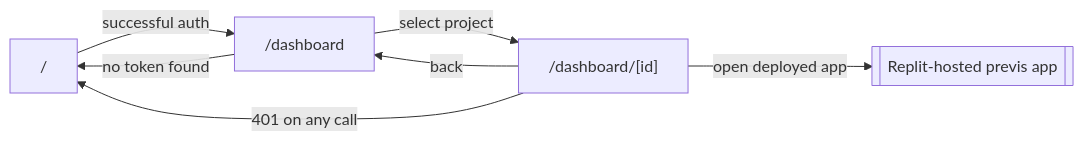
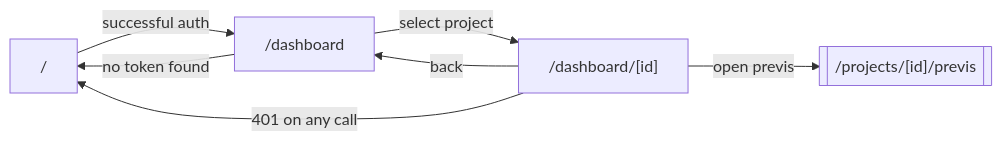
Before and after one commit to Monolithic-Dev/Scene-Craft: the second of 2 diagrams in docs/11-UI-UX-WIREFRAMES.md, drawn with Mermaid. The commit also changed other lines of this file and 12 other files, not shown here.

````diff
--- a/docs/11-UI-UX-WIREFRAMES.md
+++ b/docs/11-UI-UX-WIREFRAMES.md
@@ -187,9 +187,9 @@
 ```mermaid
 flowchart LR
     Login["/"] -->|successful auth| Dashboard["/dashboard"]
     Dashboard -->|select project| ProjectDetail["/dashboard/[id]"]
     ProjectDetail -->|back| Dashboard
-    ProjectDetail -->|open deployed app| ExternalApp[[Replit-hosted previs app]]
+    ProjectDetail -->|open previs| PrevisApp[["/projects/[id]/previs"]]
     Dashboard -->|no token found| Login
     ProjectDetail -->|401 on any call| Login
 ```
````
